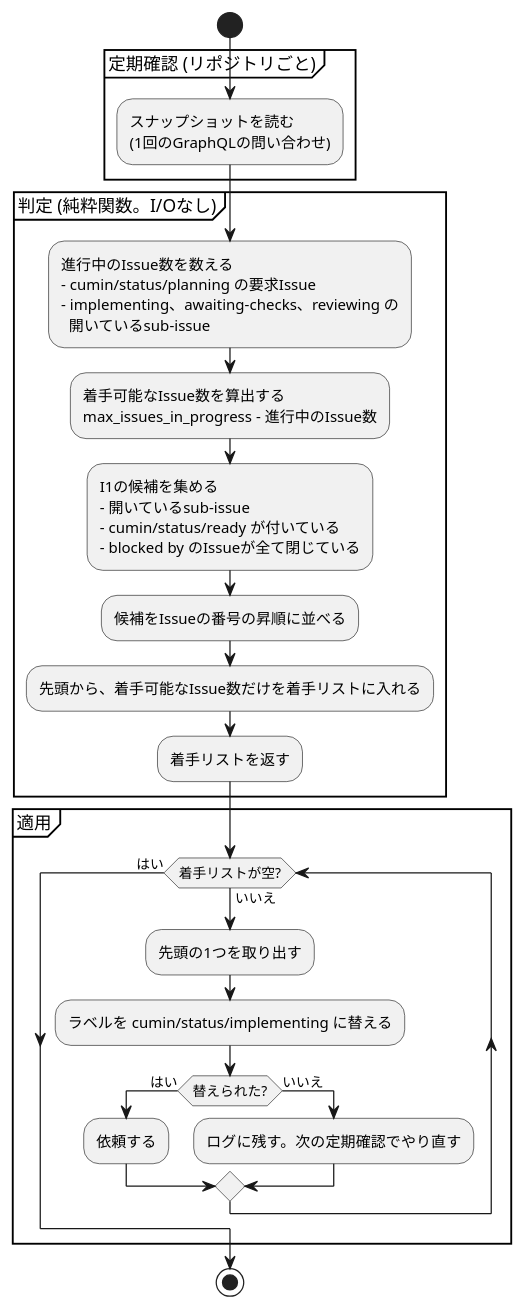
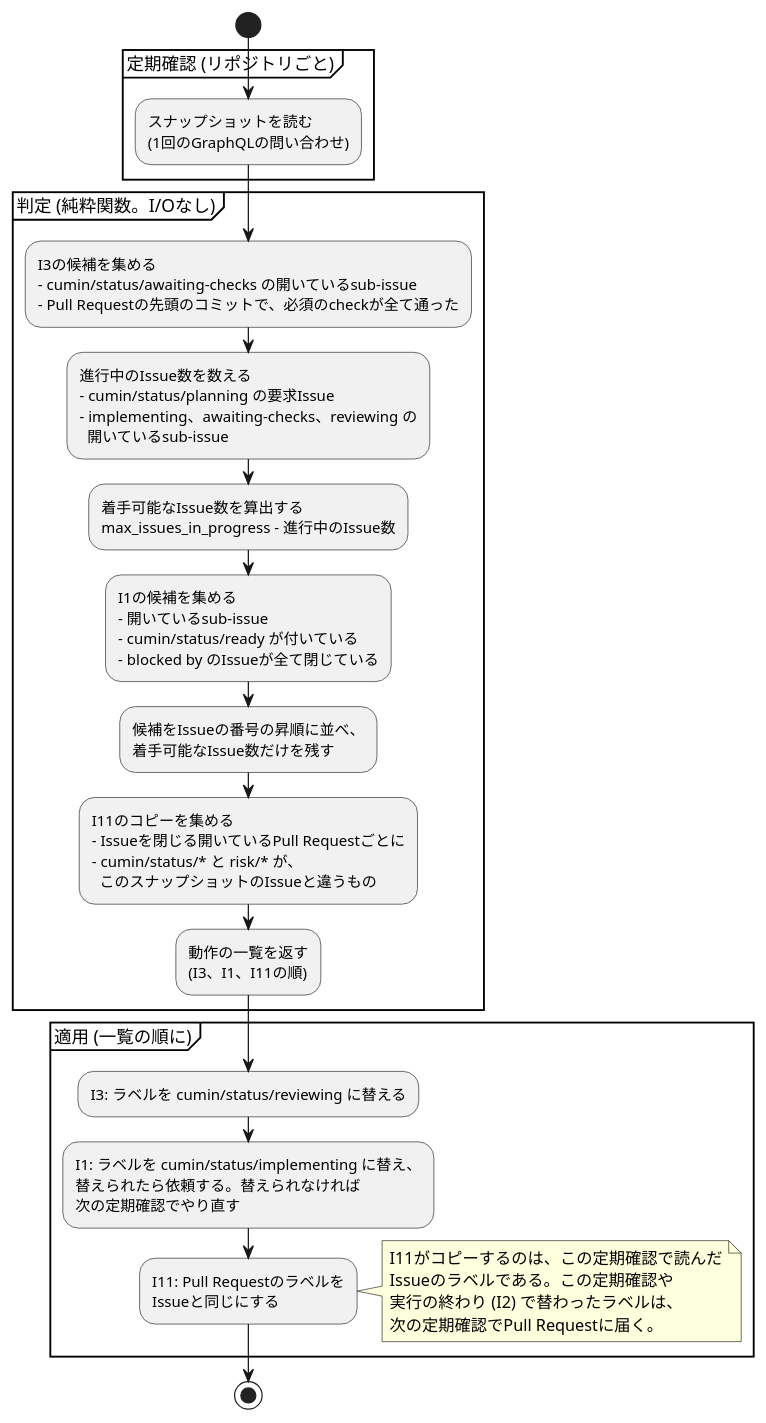
Before and after one commit to cloveclovedev/cumin-works: the diagram in docs/ja/designs/poll-decide.puml, drawn with PlantUML. The commit also changed 9 other files, not shown here.

First line of the commit message:
feat(workflow): copy the status and risk labels of an issue to its pull request (I11) (#199)

```diff
--- a/docs/ja/designs/poll-decide.puml
+++ b/docs/ja/designs/poll-decide.puml
@@ -1,40 +1,51 @@
 @startuml poll-decide
-' cumin works - 定期確認の判定。スナップショットから着手リストを決める。
+' cumin works - 定期確認の判定。スナップショットから動作の一覧を決める。
 ' 行の番号 (I1 など) は issue-states.md の表に対応する。
 ' SVGの書き出し: リポジトリの直下で scripts/render-diagrams.sh を実行する。
 skinparam shadowing false
 skinparam defaultFontName sans-serif
 
 start
 partition "定期確認 (リポジトリごと)" {
   :スナップショットを読む
   (1回のGraphQLの問い合わせ);
 }
 partition "判定 (純粋関数。I/Oなし)" {
+  :I3の候補を集める
+  - cumin/status/awaiting-checks の開いているsub-issue
+  - Pull Requestの先頭のコミットで、必須のcheckが全て通った;
   :進行中のIssue数を数える
   - cumin/status/planning の要求Issue
   - implementing、awaiting-checks、reviewing の
     開いているsub-issue;
   :着手可能なIssue数を算出する
   max_issues_in_progress - 進行中のIssue数;
   :I1の候補を集める
   - 開いているsub-issue
   - cumin/status/ready が付いている
   - blocked by のIssueが全て閉じている;
-  :候補をIssueの番号の昇順に並べる;
-  :先頭から、着手可能なIssue数だけを着手リストに入れる;
-  :着手リストを返す;
+  :候補をIssueの番号の昇順に並べ、
+  着手可能なIssue数だけを残す;
+  :I11のコピーを集める
+  - Issueを閉じる開いているPull Requestごとに
+  - cumin/status/* と risk/* が、
+    このスナップショットのIssueと違うもの;
+  :動作の一覧を返す
+  (I3、I1、I11の順);
 }
-partition "適用" {
-  while (着手リストが空?) is (いいえ)
-    :先頭の1つを取り出す;
-    :ラベルを cumin/status/implementing に替える;
-    if (替えられた?) then (はい)
-      :依頼する;
-    else (いいえ)
-      :ログに残す。次の定期確認でやり直す;
-    endif
-  endwhile (はい)
+partition "適用 (一覧の順に)" {
+  :I3: ラベルを cumin/status/reviewing に替える;
+  :I1: ラベルを cumin/status/implementing に替え、
+  替えられたら依頼する。替えられなければ
+  次の定期確認でやり直す;
+  :I11: Pull Requestのラベルを
+  Issueと同じにする;
 }
+note right
+  I11がコピーするのは、この定期確認で読んだ
+  Issueのラベルである。この定期確認や
+  実行の終わり (I2) で替わったラベルは、
+  次の定期確認でPull Requestに届く。
+end note
 stop
 @enduml
```
